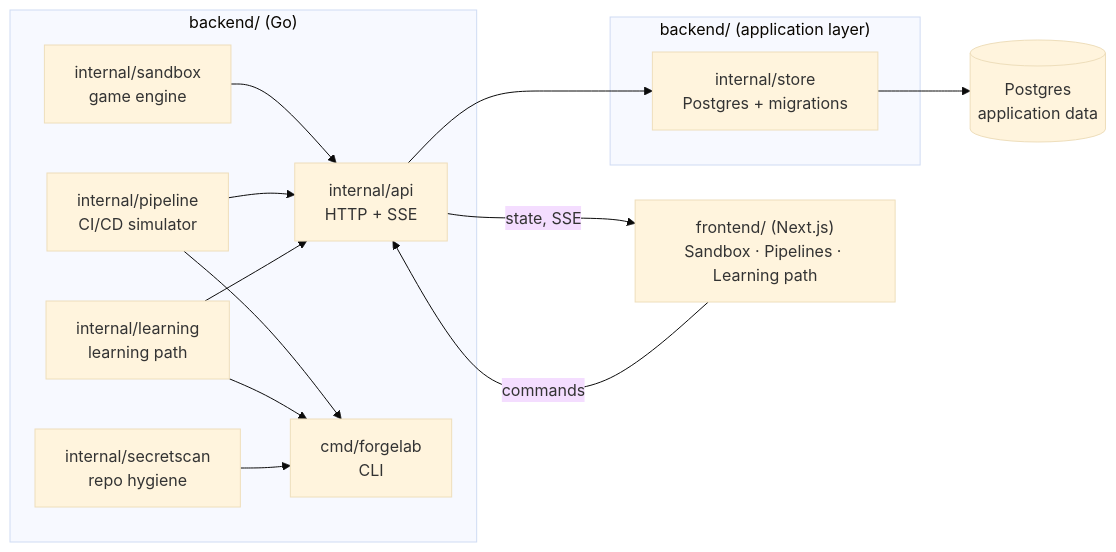
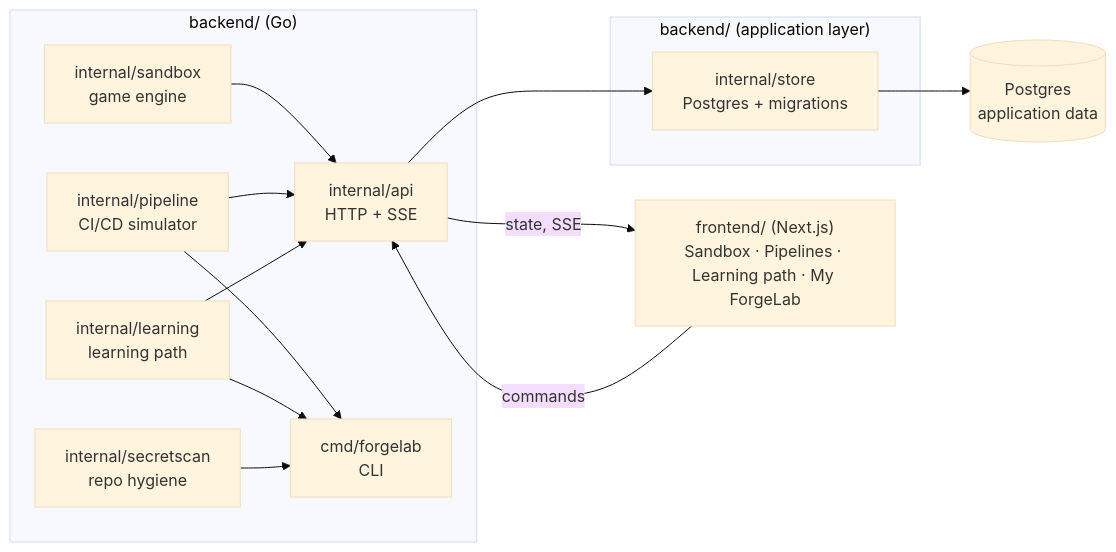
One commit to samin-al-wasee/production-simulator changed the first of 2 diagrams in docs/architecture.md. Above: the diagram before and after it, drawn with Mermaid (base theme). The commit also changed other lines of this file and 37 other files, not shown here.

First line of the commit message:
[feat] Add the My ForgeLab shell and sign-in front door

````diff
--- a/docs/architecture.md
+++ b/docs/architecture.md
@@ -8,22 +8,22 @@
 ```mermaid
 flowchart LR
     subgraph CORE["backend/ (Go)"]
         SB["internal/sandbox<br/>game engine"]
         PL["internal/pipeline<br/>CI/CD simulator"]
         LE["internal/learning<br/>learning path"]
         SS["internal/secretscan<br/>repo hygiene"]
         API["internal/api<br/>HTTP + SSE"]
         CLI["cmd/forgelab<br/>CLI"]
     end
     subgraph APP["backend/ (application layer)"]
         ST["internal/store<br/>Postgres + migrations"]
     end
     PG[("Postgres<br/>application data")]
-    UI["frontend/ (Next.js)<br/>Sandbox · Pipelines · Learning path"]
+    UI["frontend/ (Next.js)<br/>Sandbox · Pipelines · Learning path · My ForgeLab"]
 
     SB & PL & LE --> API
     PL & LE & SS --> CLI
     API --> ST --> PG
     API -- "state, SSE" --> UI
     UI -- commands --> API
 ```
````
